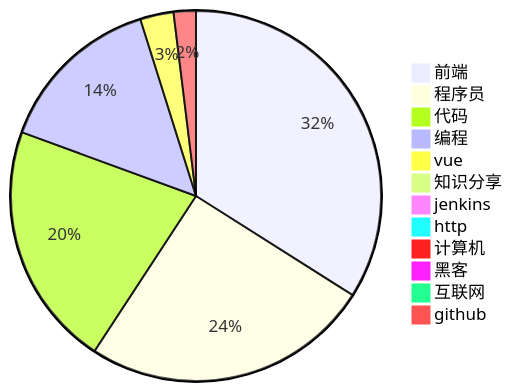
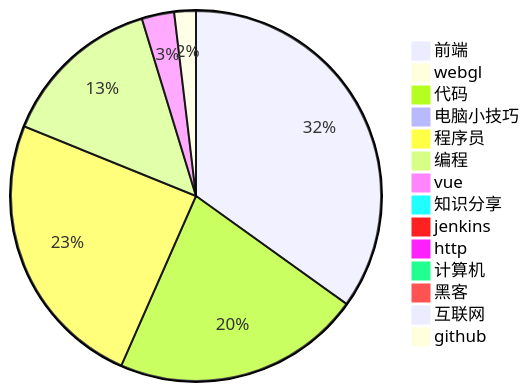
One commit to xieerduos/xieerduos.github.io changed the diagram in douyin/RankingList.md. Above: the diagram before and after it, drawn with Mermaid. The commit also changed other lines of this file, not shown here.

````diff
--- a/douyin/RankingList.md
+++ b/douyin/RankingList.md
@@ -53,15 +55,17 @@
 ```Mermaid
 pie title 
-    "前端" : 35
+    "前端" : 37
+    "webgl" : 1
+    "代码" : 23
+    "电脑小技巧" : 1
     "程序员" : 26
-    "代码" : 22
     "编程" : 15
     "vue" : 3
     "知识分享" : 1
     "jenkins" : 1
     "http" : 1
     "计算机" : 1
     "黑客" : 1
     "互联网" : 1
     "github" : 2
 ```
````
